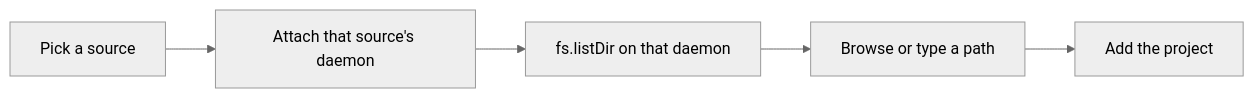
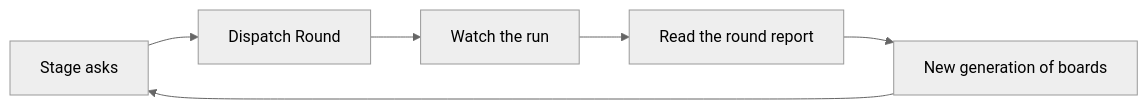
Before and after one commit to rbutera/Rennet: the second of 2 diagrams in docs/using/guides/getting-started.md, drawn with Mermaid (neutral theme). The commit also changed other lines of this file and 28 other files, not shown here.

````diff
--- a/docs/using/guides/getting-started.md
+++ b/docs/using/guides/getting-started.md
@@ -57,7 +234,8 @@
 ```mermaid
 flowchart LR
-  pick[Pick a source] --> attach[Attach that source's daemon]
-  attach --> list[fs.listDir on that daemon]
-  list --> browse[Browse or type a path]
-  browse --> add[Add the project]
+  stage[Stage asks] --> dispatch[Dispatch Round]
+  dispatch --> run[Watch the run]
+  run --> report[Read the round report]
+  report --> gen[New generation of boards]
+  gen --> stage
 ```
````
